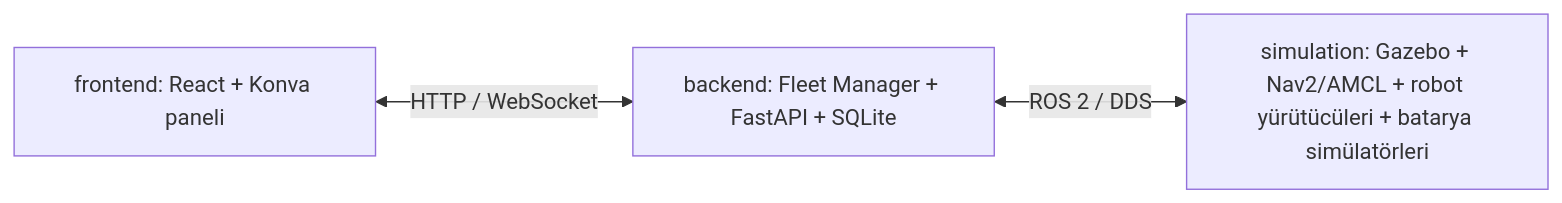
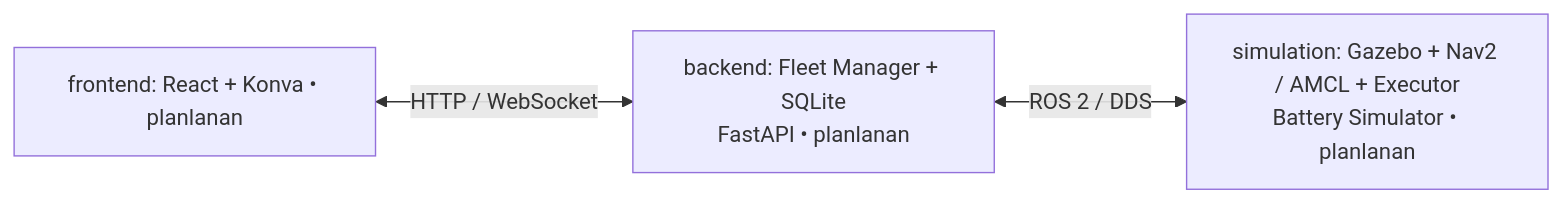
Before and after one commit to m-gnr/ros2-fleet-manager: the diagram in README.md, drawn with Mermaid. The commit also changed other lines of this file and 63 other files, not shown here.

Commit message:
docs: reorganize project documentation and add algorithm diagrams

````diff
--- a/README.md
+++ b/README.md
@@ -9,5 +15,5 @@
 ```mermaid
 flowchart LR
-    UI["frontend: React + Konva paneli"] <-->|"HTTP / WebSocket"| API["backend: Fleet Manager + FastAPI + SQLite"]
-    API <-->|"ROS 2 / DDS"| SIM["simulation: Gazebo + Nav2/AMCL + robot yürütücüleri + batarya simülatörleri"]
+    UI["frontend: React + Konva • planlanan"] <-->|"HTTP / WebSocket"| API["backend: Fleet Manager + SQLite<br/>FastAPI • planlanan"]
+    API <-->|"ROS 2 / DDS"| SIM["simulation: Gazebo + Nav2 / AMCL + Executor<br/>Battery Simulator • planlanan"]
 ```
````
